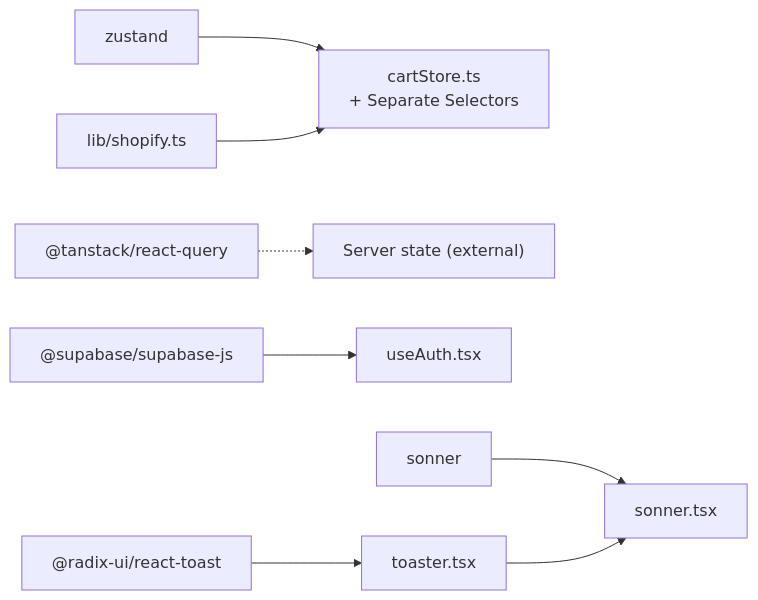
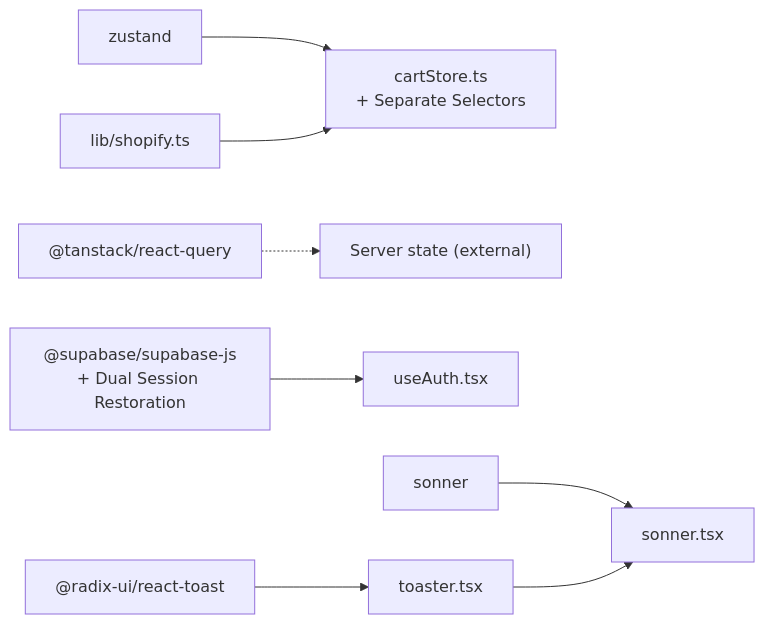
One commit to Hawky1/ryland changed the sixth of 6 diagrams in .qoder/repowiki/en/content/State Management.md. Above: the diagram before and after it, drawn with Mermaid. The commit also changed other lines of this file and 5 other files, not shown here.

````diff
--- a/.qoder/repowiki/en/content/State Management.md
+++ b/.qoder/repowiki/en/content/State Management.md
@@ -307,10 +329,10 @@
 ```mermaid
 graph LR
 ZUSTAND["zustand"] --> CARTSTORE["cartStore.ts<br/>+ Separate Selectors"]
 REACTQUERY["@tanstack/react-query"] -.-> SERVERSTATE["Server state (external)"]
-SUPABASE["@supabase/supabase-js"] --> AUTHHOOK["useAuth.tsx"]
+SUPABASE["@supabase/supabase-js<br/>+ Dual Session Restoration"] --> AUTHHOOK["useAuth.tsx"]
 SHOP["lib/shopify.ts"] --> CARTSTORE
 RADIX["@radix-ui/react-toast"] --> TOASTUI["toaster.tsx"]
 SONNER["sonner"] --> SONNERCOMP["sonner.tsx"]
 TOASTUI --> SONNERCOMP
 ```
````
